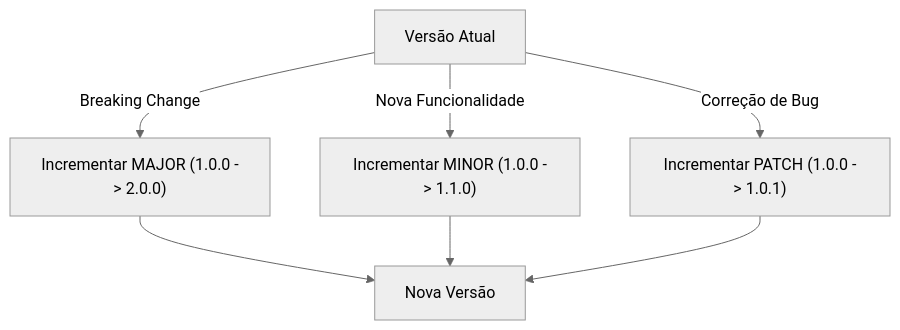
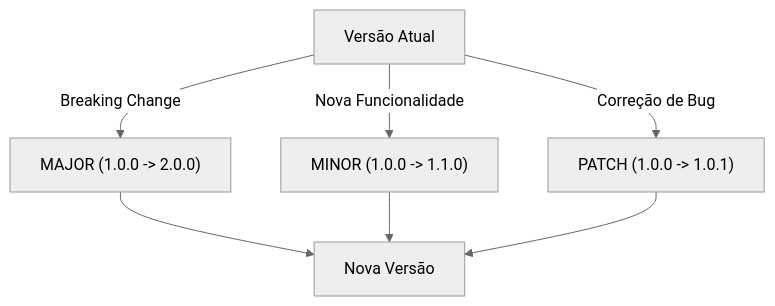
Before and after one commit to algaworks/curso-imersao-docker: the diagram in 03.17-versionamento-semantico/algatransito-api/readme.md, drawn with Mermaid (neutral theme). The commit also changed other lines of this file and 107 other files, not shown here.

````diff
--- a/03.17-versionamento-semantico/algatransito-api/readme.md
+++ b/03.17-versionamento-semantico/algatransito-api/readme.md
@@ -1,10 +18,10 @@
 ```mermaid
 graph TD
     Start[Versão Atual]
-    Start -->|Breaking Change| MAJOR["Incrementar MAJOR (1.0.0 -> 2.0.0)"]
-    Start -->|Nova Funcionalidade| MINOR["Incrementar MINOR (1.0.0 -> 1.1.0)"]
-    Start -->|Correção de Bug| PATCH["Incrementar PATCH (1.0.0 -> 1.0.1)"]
+    Start -->|Breaking Change| MAJOR["MAJOR (1.0.0 -> 2.0.0)"]
+    Start -->|Nova Funcionalidade| MINOR["MINOR (1.0.0 -> 1.1.0)"]
+    Start -->|Correção de Bug| PATCH["PATCH (1.0.0 -> 1.0.1)"]
     MAJOR --> End[Nova Versão]
     MINOR --> End[Nova Versão]
     PATCH --> End[Nova Versão]
 ```
````
